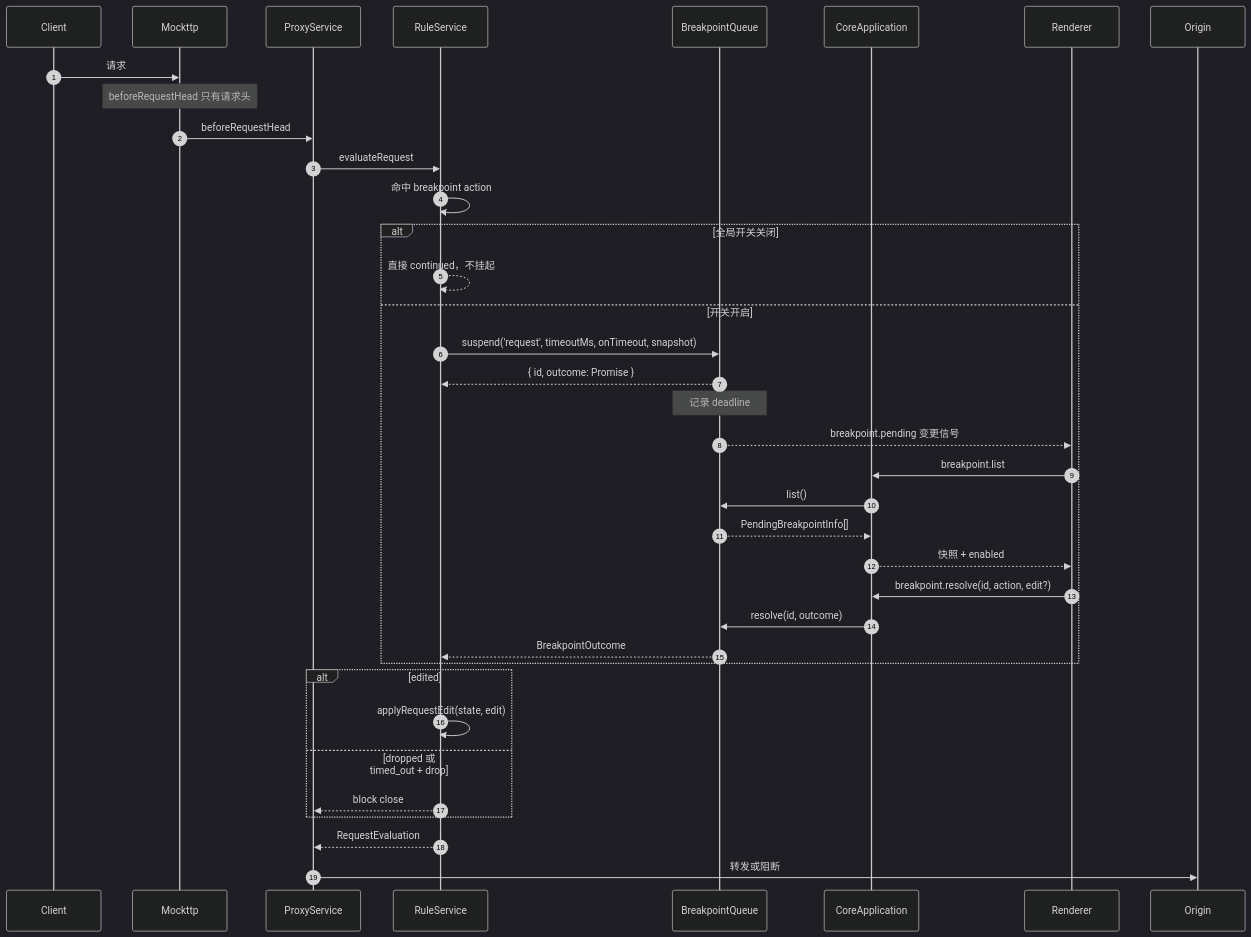
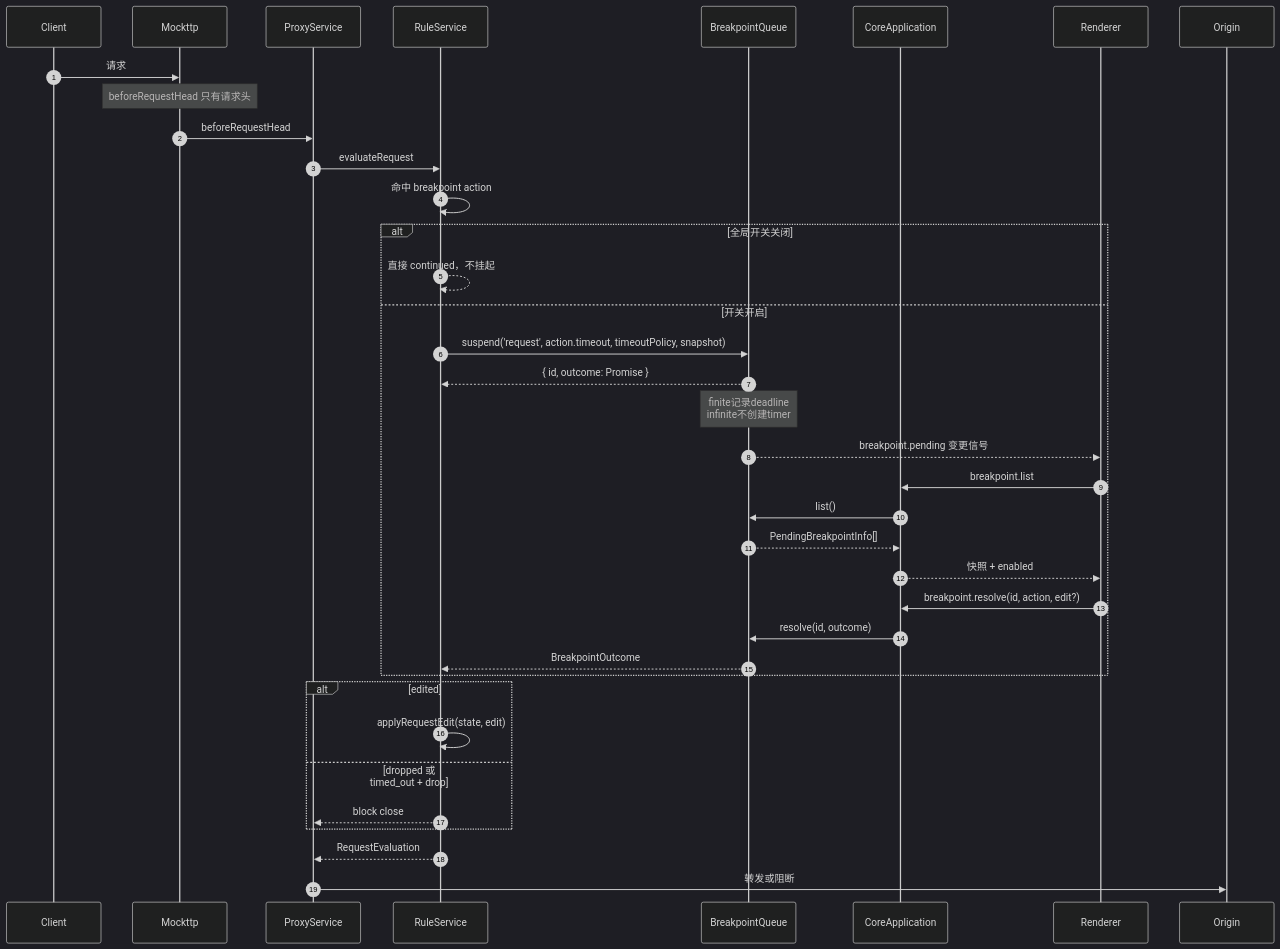
One commit to zhxmt-xm/Interceptor changed the second of 3 diagrams in architecture/features/breakpoints.md. Above: the diagram before and after it, drawn with Mermaid (dark theme). The commit also changed other lines of this file and 82 other files, not shown here.

````diff
--- a/architecture/features/breakpoints.md
+++ b/architecture/features/breakpoints.md
@@ -58,45 +60,45 @@
 ```mermaid
 sequenceDiagram
     autonumber
     participant Client
     participant Mockttp
     participant Proxy as ProxyService
     participant Engine as RuleService
     participant Queue as BreakpointQueue
     participant App as CoreApplication
     participant UI as Renderer
     participant Origin
 
     Client->>Mockttp: 请求
     Note over Mockttp: beforeRequestHead 只有请求头
     Mockttp->>Proxy: beforeRequestHead
     Proxy->>Engine: evaluateRequest
 
     Engine->>Engine: 命中 breakpoint action
     alt 全局开关关闭
         Engine-->>Engine: 直接 continued，不挂起
     else 开关开启
-        Engine->>Queue: suspend('request', timeoutMs, onTimeout, snapshot)
+        Engine->>Queue: suspend('request', action.timeout, timeoutPolicy, snapshot)
         Queue-->>Engine: { id, outcome: Promise }
-        Note over Queue: 记录 deadline
+        Note over Queue: finite记录deadline<br/>infinite不创建timer
 
         Queue-->>UI: breakpoint.pending 变更信号
         UI->>App: breakpoint.list
         App->>Queue: list()
         Queue-->>App: PendingBreakpointInfo[]
         App-->>UI: 快照 + enabled
 
         UI->>App: breakpoint.resolve(id, action, edit?)
         App->>Queue: resolve(id, outcome)
         Queue-->>Engine: BreakpointOutcome
     end
 
     alt edited
         Engine->>Engine: applyRequestEdit(state, edit)
     else dropped 或 timed_out + drop
         Engine-->>Proxy: block close
     end
 
     Engine-->>Proxy: RequestEvaluation
     Proxy->>Origin: 转发或阻断
 ```
````
